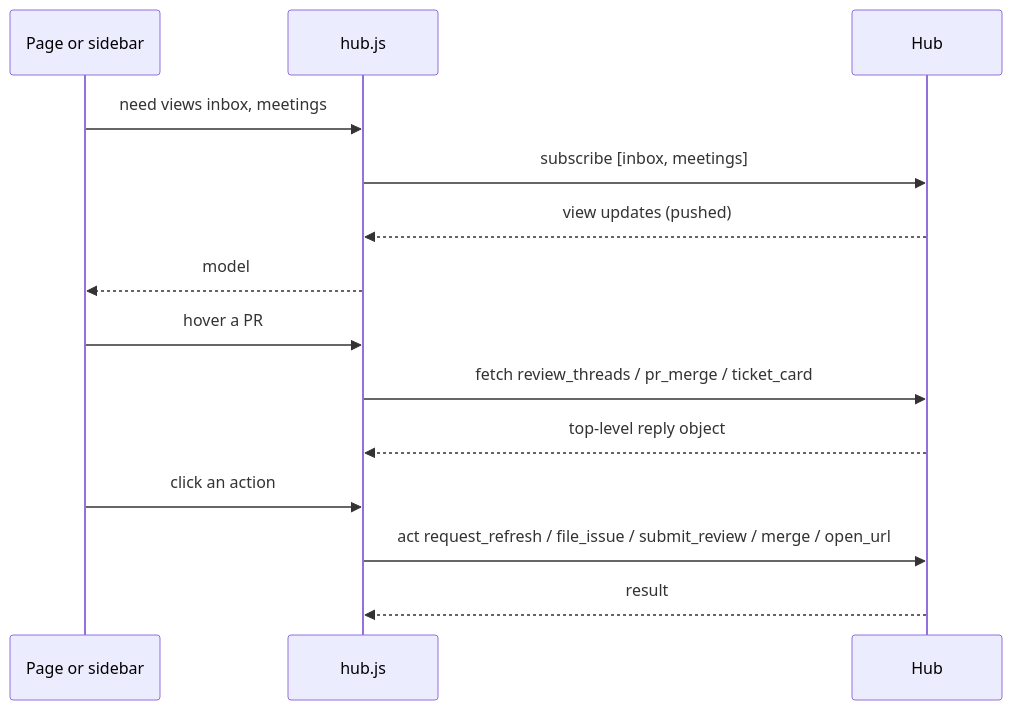
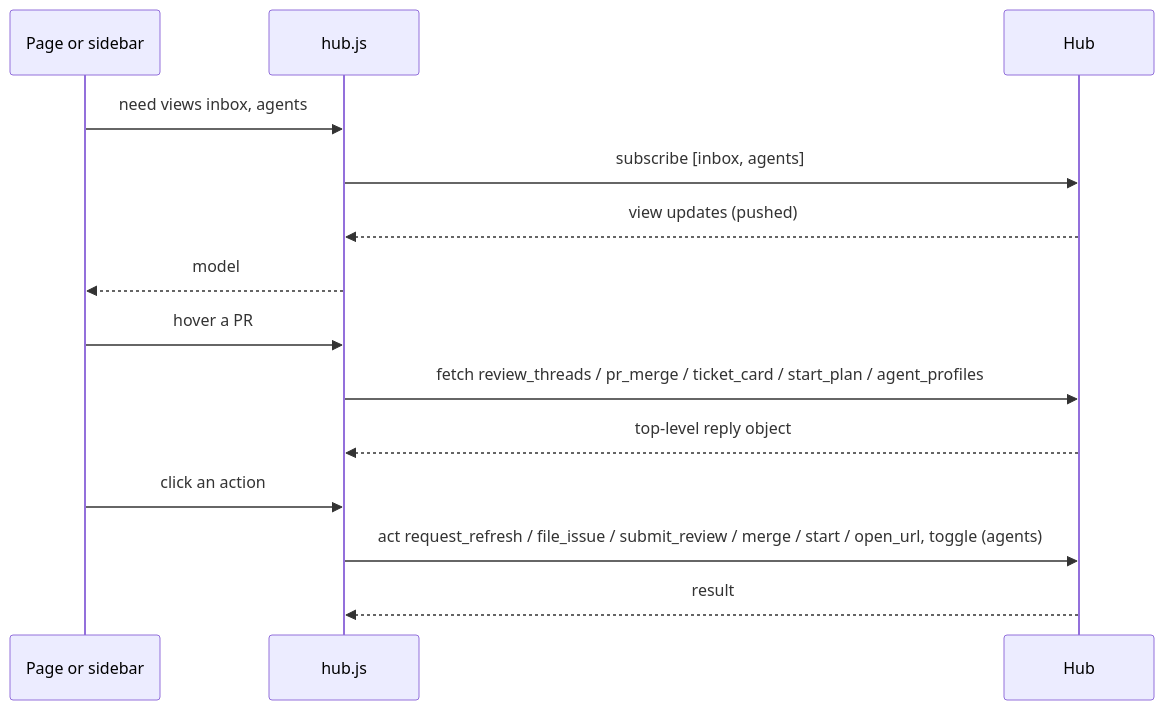
The fourth of 12 diagrams in herdr-layouts/khanh-personal/ARCHITECTURE.md (TQKNG/khanh-agent-workspace), drawn with Mermaid before and after one commit. The commit also changed other lines of this file and 47 other files, not shown here.

````diff
--- a/herdr-layouts/khanh-personal/ARCHITECTURE.md
+++ b/herdr-layouts/khanh-personal/ARCHITECTURE.md
@@ -91,17 +94,17 @@
 ```mermaid
 sequenceDiagram
     participant UI as Page or sidebar
     participant HC as hub.js
     participant H as Hub
 
-    UI->>HC: need views inbox, meetings
-    HC->>H: subscribe [inbox, meetings]
+    UI->>HC: need views inbox, agents
+    HC->>H: subscribe [inbox, agents]
     H-->>HC: view updates (pushed)
     HC-->>UI: model
     UI->>HC: hover a PR
-    HC->>H: fetch review_threads / pr_merge / ticket_card
+    HC->>H: fetch review_threads / pr_merge / ticket_card / start_plan / agent_profiles
     H-->>HC: top-level reply object
     UI->>HC: click an action
-    HC->>H: act request_refresh / file_issue / submit_review / merge / open_url
+    HC->>H: act request_refresh / file_issue / submit_review / merge / start / open_url, toggle (agents)
     H-->>HC: result
 ```
````
